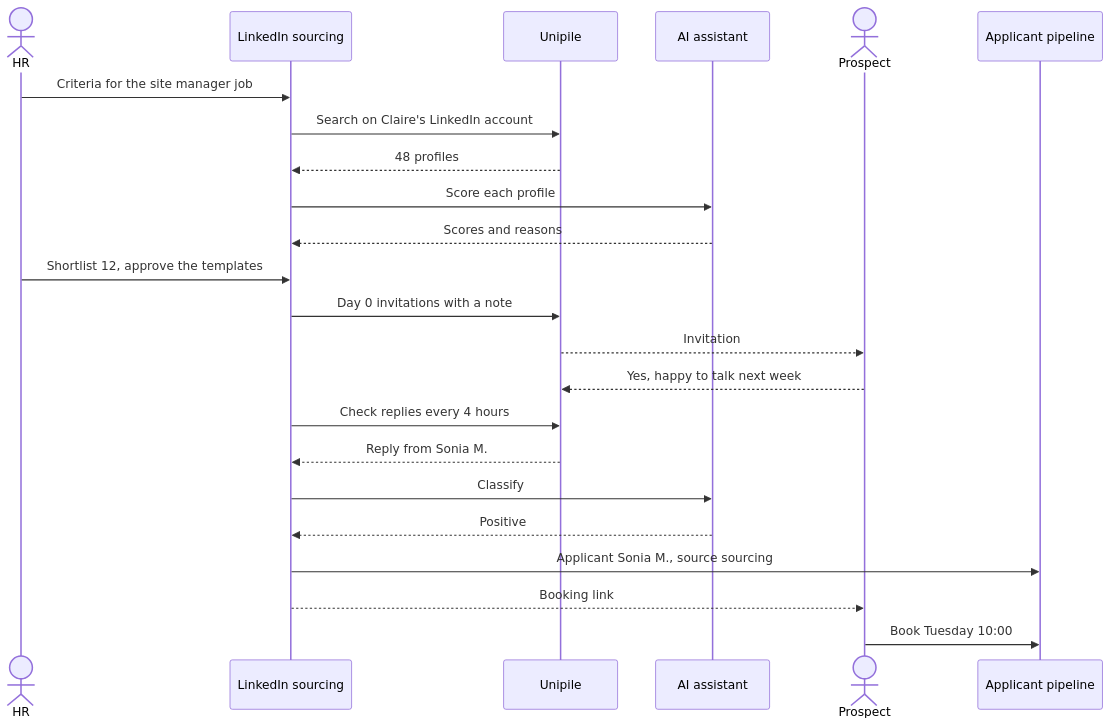
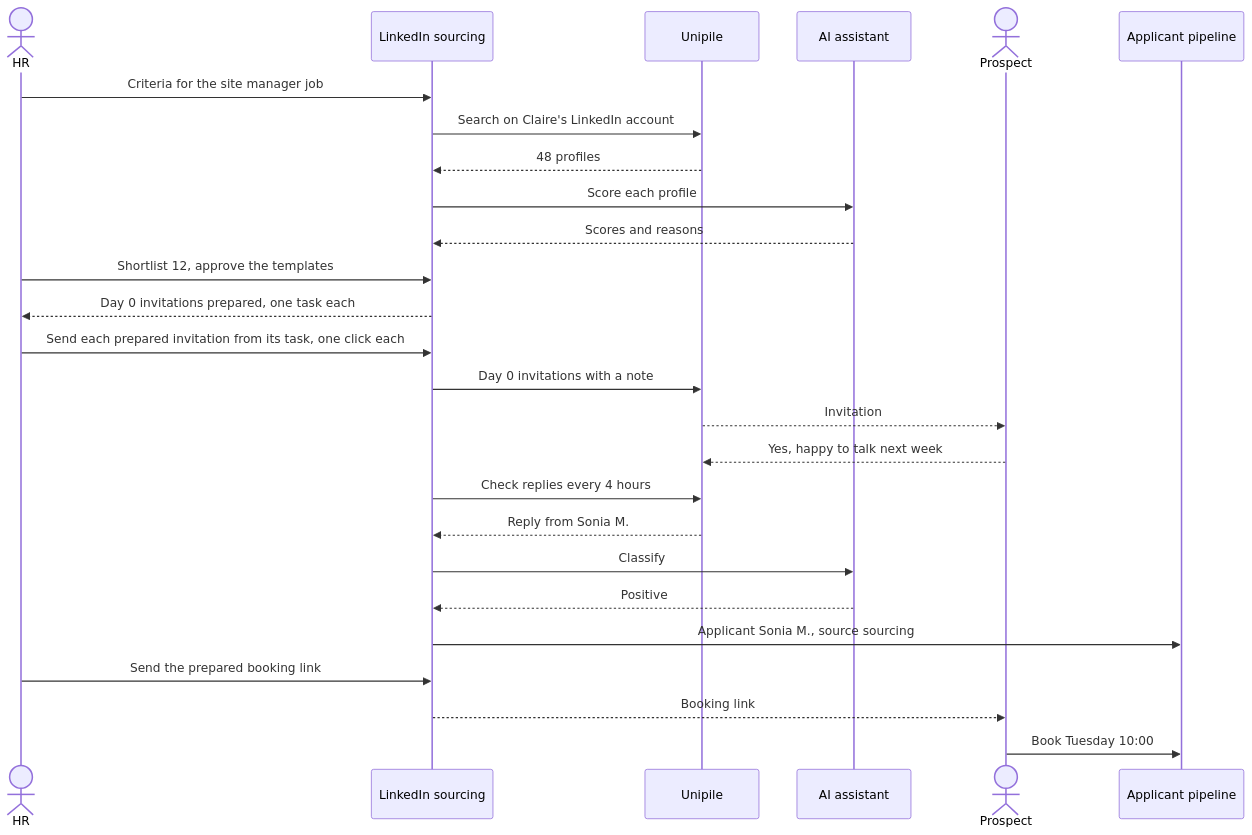
One commit to gpbcom/SimpleERP changed the second of 2 diagrams in docs/specs/02-functional/f09-hr-and-projects/flows/fl-f09-14-source-candidates-on-linkedin.md. Above: the diagram before and after it, drawn with Mermaid. The commit also changed other lines of this file and 8816 other files, not shown here.

````diff
--- a/docs/specs/02-functional/f09-hr-and-projects/flows/fl-f09-14-source-candidates-on-linkedin.md
+++ b/docs/specs/02-functional/f09-hr-and-projects/flows/fl-f09-14-source-candidates-on-linkedin.md
@@ -53,25 +64,28 @@
 ```mermaid
 sequenceDiagram
   actor H as HR
   participant S as LinkedIn sourcing
   participant U as Unipile
   participant A as AI assistant
   actor P as Prospect
   participant AP as Applicant pipeline
   H->>S: Criteria for the site manager job
   S->>U: Search on Claire's LinkedIn account
   U-->>S: 48 profiles
   S->>A: Score each profile
   A-->>S: Scores and reasons
   H->>S: Shortlist 12, approve the templates
+  S-->>H: Day 0 invitations prepared, one task each
+  H->>S: Send each prepared invitation from its task, one click each
   S->>U: Day 0 invitations with a note
   U-->>P: Invitation
   P-->>U: Yes, happy to talk next week
   S->>U: Check replies every 4 hours
   U-->>S: Reply from Sonia M.
   S->>A: Classify
   A-->>S: Positive
   S->>AP: Applicant Sonia M., source sourcing
+  H->>S: Send the prepared booking link
   S-->>P: Booking link
   P->>AP: Book Tuesday 10:00
 ```
````
